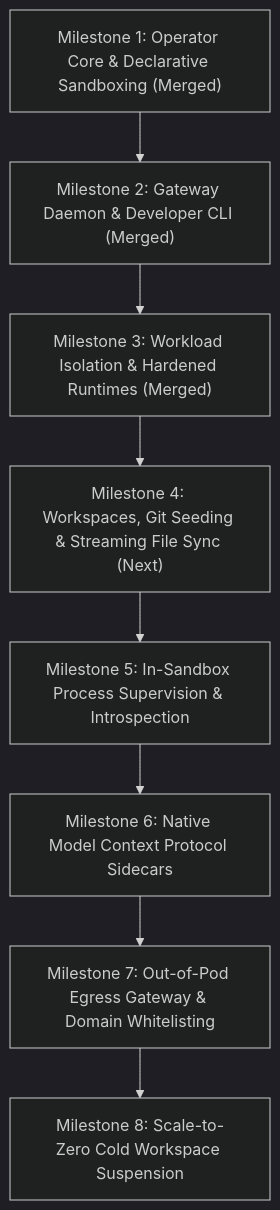
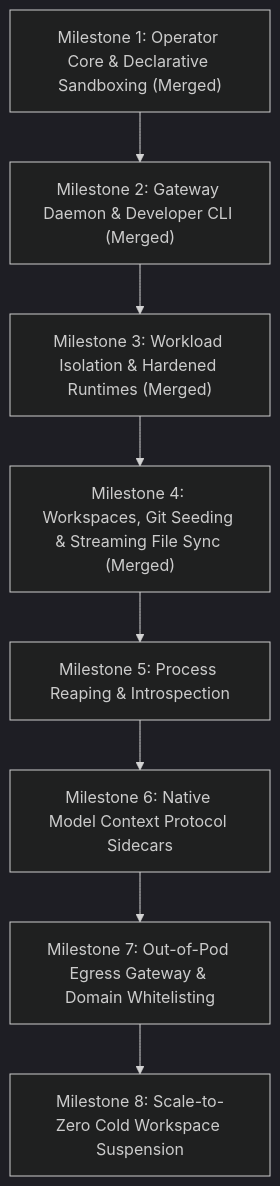
The second of 2 diagrams in docs/roadmap.md (hoangndst/buddy-sandboxes), drawn with Mermaid (dark theme) before and after one commit. The commit also changed other lines of this file and 16 other files, not shown here.

Commit message:
feat(controller): add process namespace introspection (#6)

````diff
--- a/docs/roadmap.md
+++ b/docs/roadmap.md
@@ -60,10 +60,10 @@
 ```mermaid
 flowchart TD
     M1["Milestone 1: Operator Core & Declarative Sandboxing (Merged)"] --> M2["Milestone 2: Gateway Daemon & Developer CLI (Merged)"]
     M2 --> M3["Milestone 3: Workload Isolation & Hardened Runtimes (Merged)"]
-    M3 --> M4["Milestone 4: Workspaces, Git Seeding & Streaming File Sync (Next)"]
-    M4 --> M5["Milestone 5: In-Sandbox Process Supervision & Introspection"]
+    M3 --> M4["Milestone 4: Workspaces, Git Seeding & Streaming File Sync (Merged)"]
+    M4 --> M5["Milestone 5: Process Reaping & Introspection"]
     M5 --> M6["Milestone 6: Native Model Context Protocol Sidecars"]
     M6 --> M7["Milestone 7: Out-of-Pod Egress Gateway & Domain Whitelisting"]
     M7 --> M8["Milestone 8: Scale-to-Zero Cold Workspace Suspension"]
 ```
````
